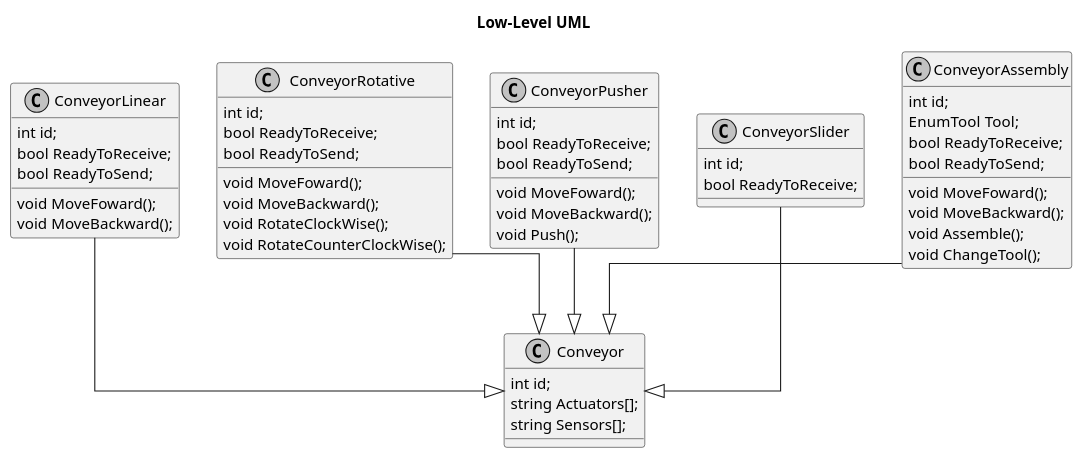
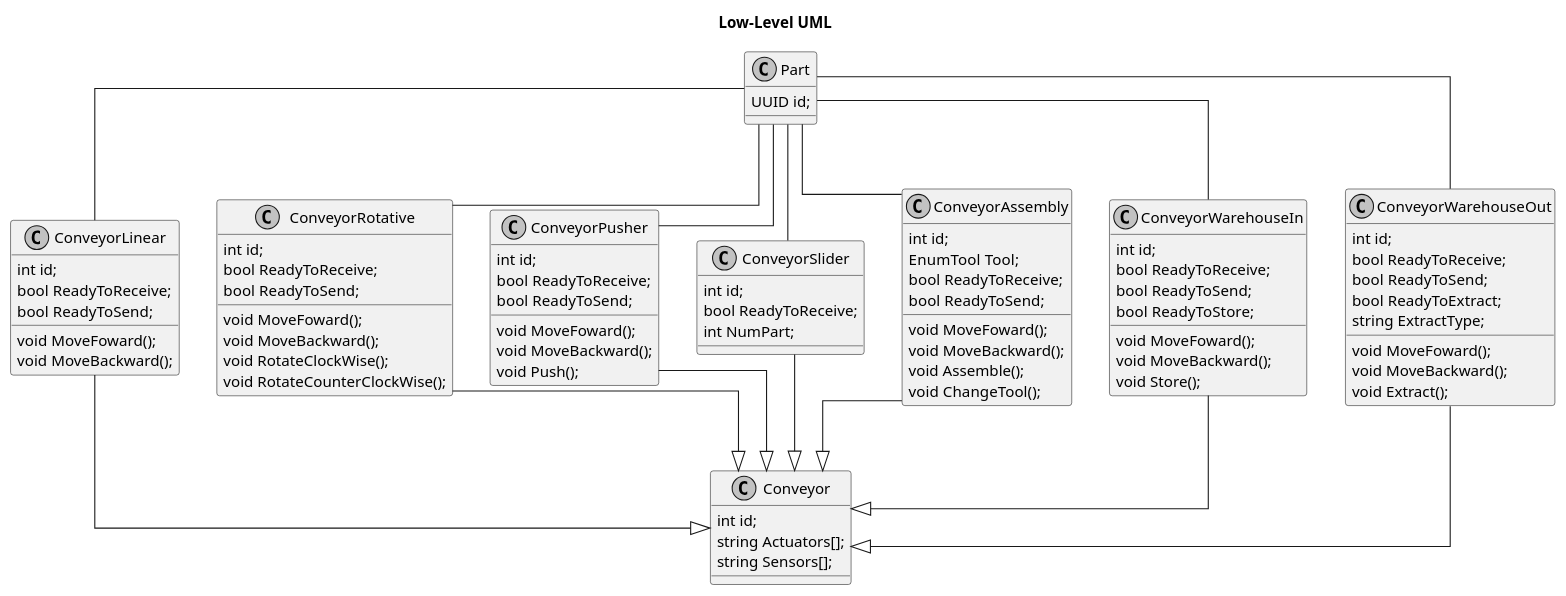
Before and after one commit to avrocha/plant-floor-control: the diagram in docs/classes_uml/low_level.puml, drawn with PlantUML. The commit also changed 7 other files, not shown here.

Commit message:
feature/uml-update: changed class diagram of db, low-level and MES to the final version

```diff
--- a/docs/classes_uml/low_level.puml
+++ b/docs/classes_uml/low_level.puml
@@ -1,80 +1,119 @@
 @startuml
 skinparam linetype ortho
 skinparam Monochrome true
 
 title Low-Level UML
 
 /'
 
 Conveyors
 
 '/
 
 class Conveyor {
   int id;
   string Actuators[];
   string Sensors[];
 }
 
 class ConveyorLinear {
   int id;
   bool ReadyToReceive;
   bool ReadyToSend;
   
   void MoveFoward();
   void MoveBackward();
 }
 
 class ConveyorRotative {
   int id;
   bool ReadyToReceive;
   bool ReadyToSend;
 
   void MoveFoward();
   void MoveBackward();
   void RotateClockWise();
   void RotateCounterClockWise();
 }
 
 class ConveyorPusher {
   int id;
   bool ReadyToReceive;
   bool ReadyToSend;
   
   void MoveFoward();
   void MoveBackward();
   void Push();
 }
 
 class ConveyorSlider {
   int id;
   bool ReadyToReceive;
+  int NumPart;  
 }
 
 class ConveyorAssembly {
   int id;
   EnumTool Tool;
   bool ReadyToReceive;
   bool ReadyToSend;  
 
   void MoveFoward();
   void MoveBackward();
   void Assemble();
   void ChangeTool();
 }
 
+class ConveyorWarehouseIn {
+  int id;
+  bool ReadyToReceive;
+  bool ReadyToSend; 
+  bool ReadyToStore;
+
+  void MoveFoward();
+  void MoveBackward();
+  void Store();
+}
+
+class ConveyorWarehouseOut {
+  int id;
+  bool ReadyToReceive;
+  bool ReadyToSend;  
+  bool ReadyToExtract;
+  string ExtractType;
+
+  void MoveFoward();
+  void MoveBackward();
+  void Extract();
+}
+
+class Part {
+  UUID id;
+
+}
+
 ConveyorLinear --|> Conveyor
 ConveyorRotative --|> Conveyor
 ConveyorPusher --|> Conveyor
 ConveyorSlider --|> Conveyor
 ConveyorAssembly --|> Conveyor
+ConveyorWarehouseIn --|> Conveyor
+ConveyorWarehouseOut --|> Conveyor
+
+Part -- ConveyorLinear
+Part -- ConveyorRotative
+Part -- ConveyorPusher
+Part -- ConveyorSlider
+Part -- ConveyorAssembly
+Part -- ConveyorWarehouseIn
+Part -- ConveyorWarehouseOut
 
 /'
 
 
 
 '/
 
 
 
 @enduml
```
